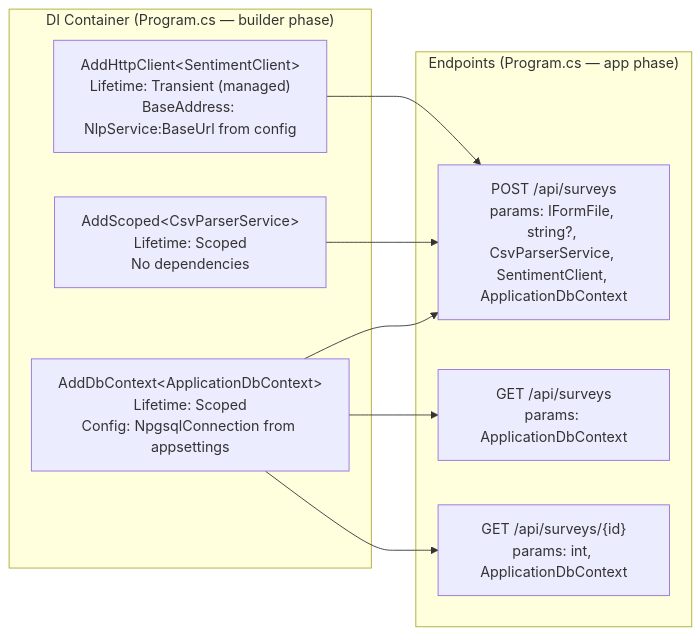
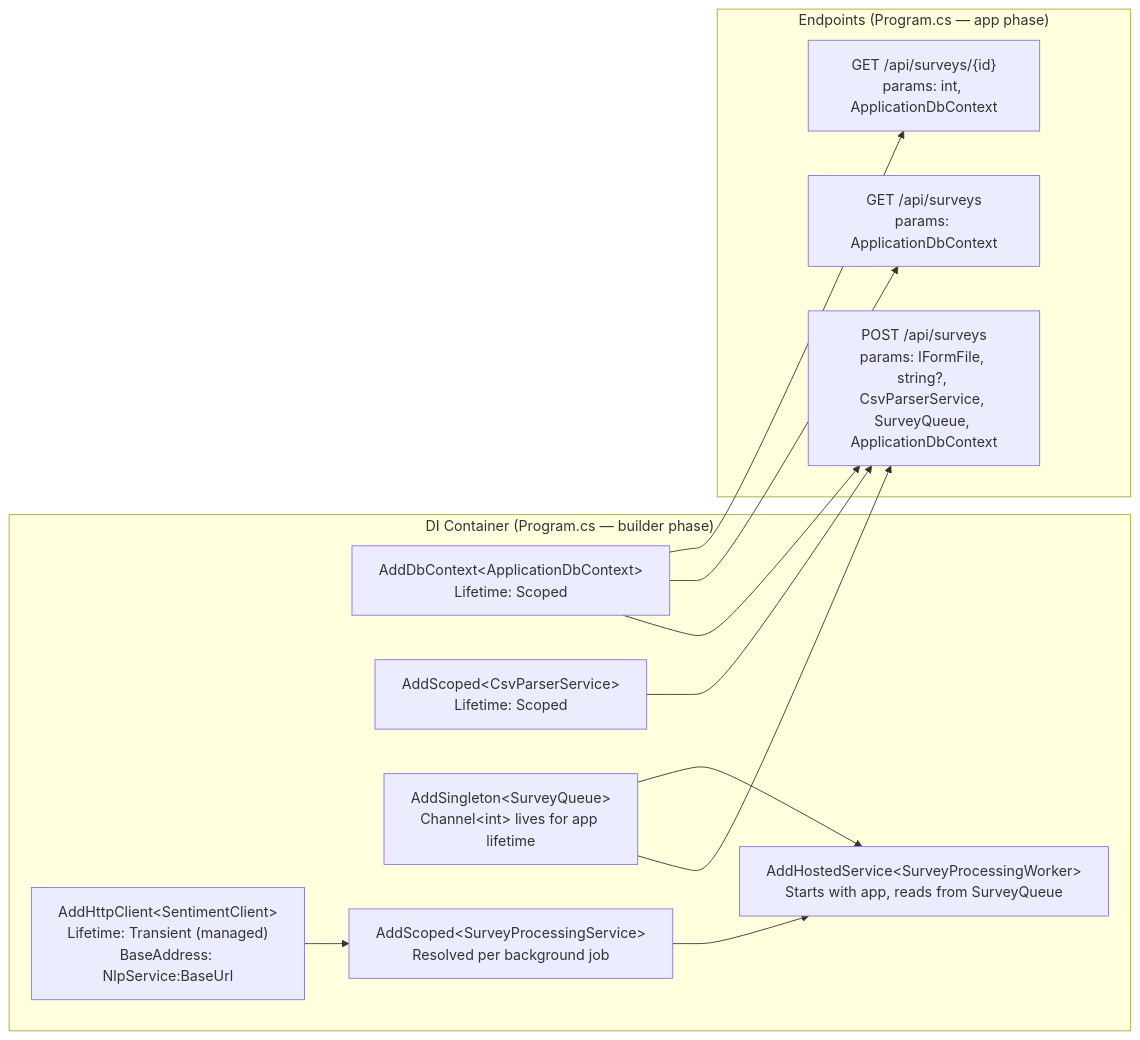
The fifth of 10 diagrams in Documentation/_10_HOW_IT_ALL_CONNECTS.md (Joshua-Soteras/project_S), drawn with Mermaid before and after one commit. The commit also changed other lines of this file and 3 other files, not shown here.

````diff
--- a/Documentation/_10_HOW_IT_ALL_CONNECTS.md
+++ b/Documentation/_10_HOW_IT_ALL_CONNECTS.md
@@ -340,20 +366,26 @@
 ```mermaid
 graph LR
     subgraph DI["DI Container (Program.cs — builder phase)"]
-        A["AddDbContext&lt;ApplicationDbContext&gt;\nLifetime: Scoped\nConfig: NpgsqlConnection from appsettings"]
-        B["AddScoped&lt;CsvParserService&gt;\nLifetime: Scoped\nNo dependencies"]
-        C["AddHttpClient&lt;SentimentClient&gt;\nLifetime: Transient (managed)\nBaseAddress: NlpService:BaseUrl from config"]
+        A["AddDbContext&lt;ApplicationDbContext&gt;\nLifetime: Scoped"]
+        B["AddScoped&lt;CsvParserService&gt;\nLifetime: Scoped"]
+        C["AddHttpClient&lt;SentimentClient&gt;\nLifetime: Transient (managed)\nBaseAddress: NlpService:BaseUrl"]
+        D["AddSingleton&lt;SurveyQueue&gt;\nChannel&lt;int&gt; lives for app lifetime"]
+        E["AddScoped&lt;SurveyProcessingService&gt;\nResolved per background job"]
+        F["AddHostedService&lt;SurveyProcessingWorker&gt;\nStarts with app, reads from SurveyQueue"]
     end
 
     subgraph Endpoints["Endpoints (Program.cs — app phase)"]
-        E1["POST /api/surveys\nparams: IFormFile, string?, CsvParserService, SentimentClient, ApplicationDbContext"]
+        E1["POST /api/surveys\nparams: IFormFile, string?, CsvParserService, SurveyQueue, ApplicationDbContext"]
         E2["GET /api/surveys\nparams: ApplicationDbContext"]
         E3["GET /api/surveys/{id}\nparams: int, ApplicationDbContext"]
     end
 
     A --> E1
     A --> E2
     A --> E3
     B --> E1
-    C --> E1
+    D --> E1
+    D --> F
+    E --> F
+    C --> E
 ```
````
